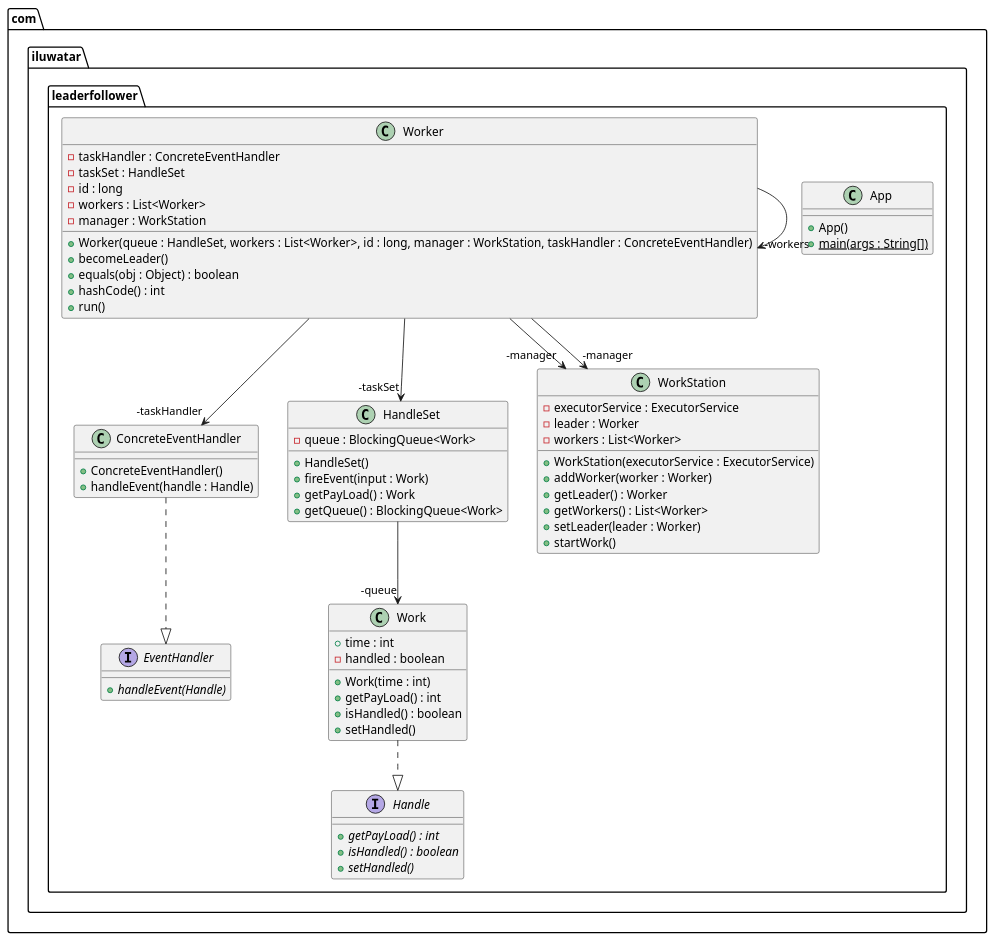
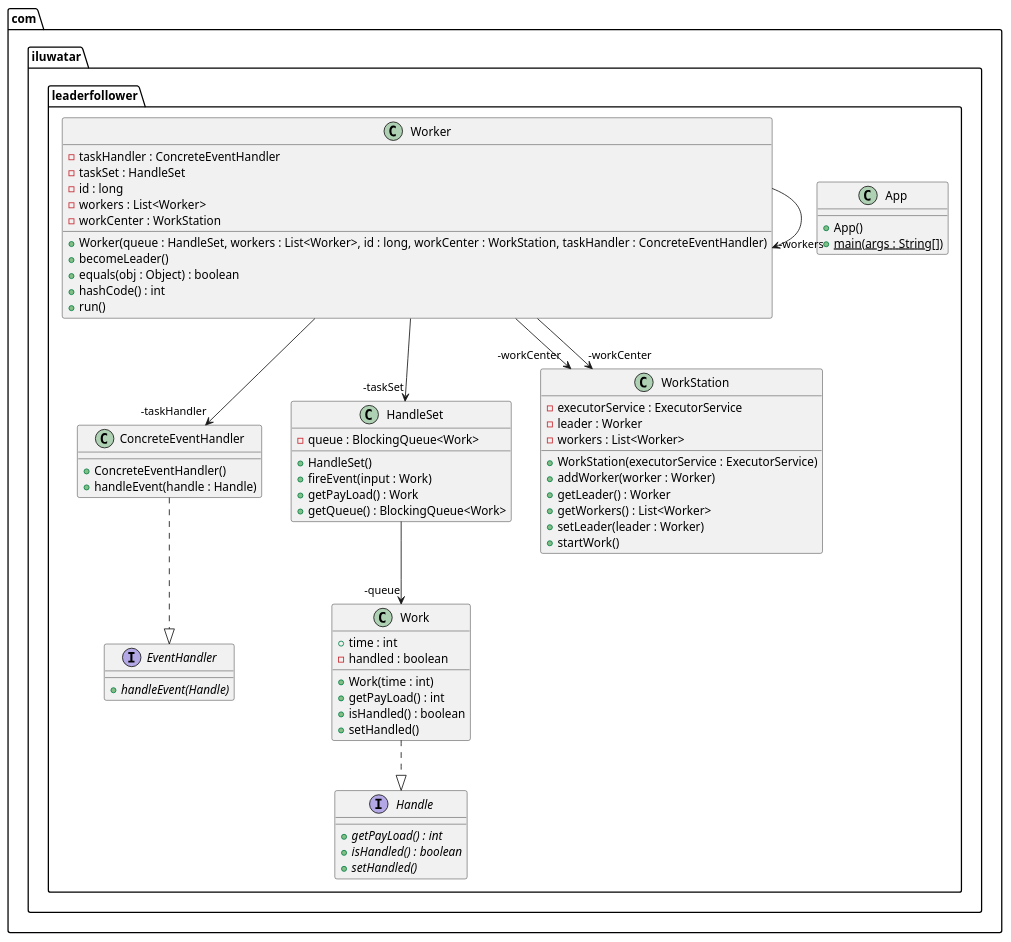
One commit to npczwh/java-design-patterns changed the diagram in leader-follower/etc/leader-follower.urm.puml. Above: the diagram before and after it, drawn with PlantUML. The commit also changed 4 other files, not shown here.

Commit message:
rename Manager to WorkCenter

```diff
--- a/leader-follower/etc/leader-follower.urm.puml
+++ b/leader-follower/etc/leader-follower.urm.puml
@@ -1,66 +1,66 @@
 @startuml
 package com.iluwatar.leaderfollower {
   class App {
     + App()
     + main(args : String[]) {static}
   }
   class ConcreteEventHandler {
     + ConcreteEventHandler()
     + handleEvent(handle : Handle)
   }
   interface EventHandler {
     + handleEvent(Handle) {abstract}
   }
   interface Handle {
     + getPayLoad() : int {abstract}
     + isHandled() : boolean {abstract}
     + setHandled() {abstract}
   }
   class HandleSet {
     - queue : BlockingQueue<Work>
     + HandleSet()
     + fireEvent(input : Work)
     + getPayLoad() : Work
     + getQueue() : BlockingQueue<Work>
   }
   class Work {
     + time : int
     - handled : boolean
     + Work(time : int)
     + getPayLoad() : int
     + isHandled() : boolean
     + setHandled()
   }
   class WorkStation {
     - executorService : ExecutorService
     - leader : Worker
     - workers : List<Worker>
     + WorkStation(executorService : ExecutorService)
     + addWorker(worker : Worker)
     + getLeader() : Worker
     + getWorkers() : List<Worker>
     + setLeader(leader : Worker)
     + startWork()
   }
   class Worker {
     - taskHandler : ConcreteEventHandler
     - taskSet : HandleSet
     - id : long
     - workers : List<Worker>
-    - manager : WorkStation
-    + Worker(queue : HandleSet, workers : List<Worker>, id : long, manager : WorkStation, taskHandler : ConcreteEventHandler)
+    - workCenter : WorkStation
+    + Worker(queue : HandleSet, workers : List<Worker>, id : long, workCenter : WorkStation, taskHandler : ConcreteEventHandler)
     + becomeLeader()
     + equals(obj : Object) : boolean
     + hashCode() : int
     + run()
   }
 }
 HandleSet -->  "-queue" Work
 Worker -->  "-taskSet" HandleSet
 Worker -->  "-taskHandler" ConcreteEventHandler
 Worker -->  "-workers" Worker
-Worker -->  "-manager" WorkStation
-Worker -->  "-manager" WorkStation
+Worker -->  "-workCenter" WorkStation
+Worker -->  "-workCenter" WorkStation
 ConcreteEventHandler ..|> EventHandler 
 Work ..|> Handle 
 @enduml
```
